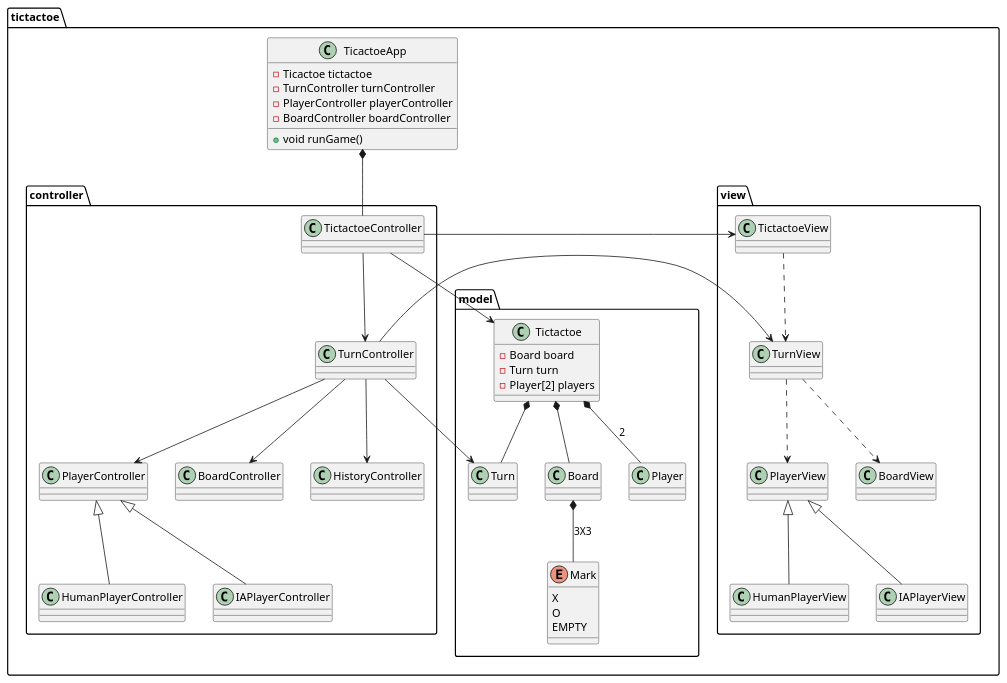
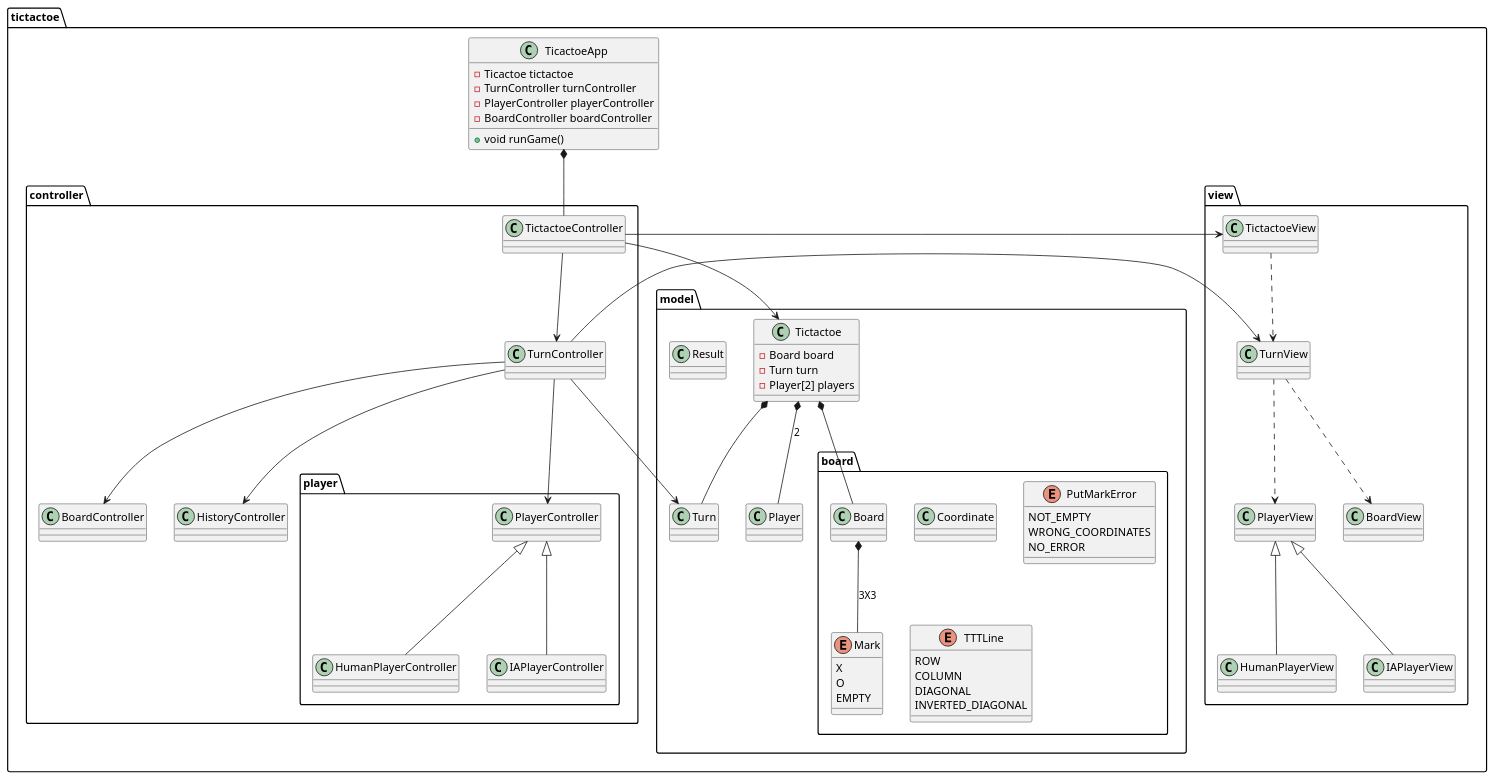
Before and after one commit to oliver-sierra-telus/DSU-TicTacToe: the diagram in docs/ClassModel.wsd, drawn with PlantUML. The commit also changed 17 other files, not shown here.

```diff
--- a/docs/ClassModel.wsd
+++ b/docs/ClassModel.wsd
@@ -1,129 +1,162 @@
 @startuml class model
 
 package tictactoe{
 
     class TicactoeApp{
         -Ticactoe tictactoe
         -TurnController turnController
         -PlayerController playerController
         -BoardController boardController
         +void runGame()
     }
 
     package controller{
         class TictactoeController{
 
         }
 
         class TurnController{
 
         }
-        class PlayerController{
+        package player{
+
+            class PlayerController{
+
+            }
+
+            class HumanPlayerController{
+
+            }
+
+            class IAPlayerController{
+
+            }
+
+            HumanPlayerController -up-|> PlayerController
+            IAPlayerController -up-|> PlayerController
 
         }
 
-        class HumanPlayerController{
-
-        }
-
-        class IAPlayerController{
-
-        }
 
         class BoardController{
 
         }
         class HistoryController{
 
         }
 
         TictactoeController -->TurnController
 
-        HumanPlayerController -up-|> PlayerController
-        IAPlayerController -up-|> PlayerController
+
 
         TurnController --> PlayerController
         TurnController --> BoardController
         TurnController --> HistoryController
 
     }
 
     package view{
         class BoardView{
 
         }
 
         class PlayerView{
 
         }
 
         class TurnView{
 
         }
 
         class TictactoeView{
 
         }
 
         class HumanPlayerView{
 
         }
 
         class IAPlayerView{
 
         }
         TictactoeView ..> TurnView
         TurnView ..> BoardView
         TurnView ..> PlayerView
 
         HumanPlayerView -up-|> PlayerView
         IAPlayerView -up-|> PlayerView
 
     }
 
     package model {
         class Tictactoe{
             -Board board
-            -Turn turn 
+            -Turn turn
             -Player[2] players
-        }        
+        }
 
-        class Board{
+
+        package board{
+            class Board{
+
+            }
+
+            enum Mark{
+                X
+                O
+                EMPTY
+            }
+
+
+            class Coordinate{
+
+            }
+
+            enum PutMarkError{
+                NOT_EMPTY
+                WRONG_COORDINATES
+                NO_ERROR
+            }
+
+            enum TTTLine{
+                ROW
+                COLUMN
+                DIAGONAL
+                INVERTED_DIAGONAL
+            }
 
         }
-        
+
+        class Result
+
         class Turn{
 
         }
 
         class Player{
 
         }
 
-        enum Mark{
-            X
-            O
-            EMPTY
-        }
+
 
         Tictactoe *-- Board
         Tictactoe *-- Turn
         Tictactoe *-- Player:2
         Board *-- Mark:3X3
     }
 
 
     TicactoeApp *-- TictactoeController
-    
-    
 
-    
+
+
+
 
     TictactoeController -right-> TictactoeView
     TictactoeController --> Tictactoe
     TurnController -right-> TurnView
     TurnController --> Turn
 
 }
 
 @enduml
```
